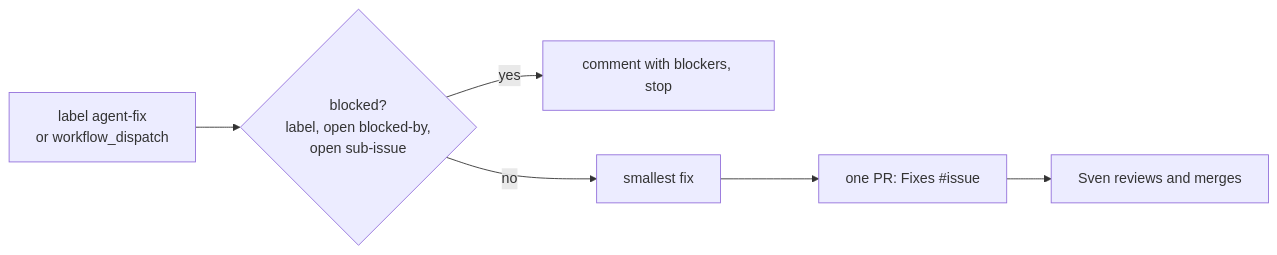
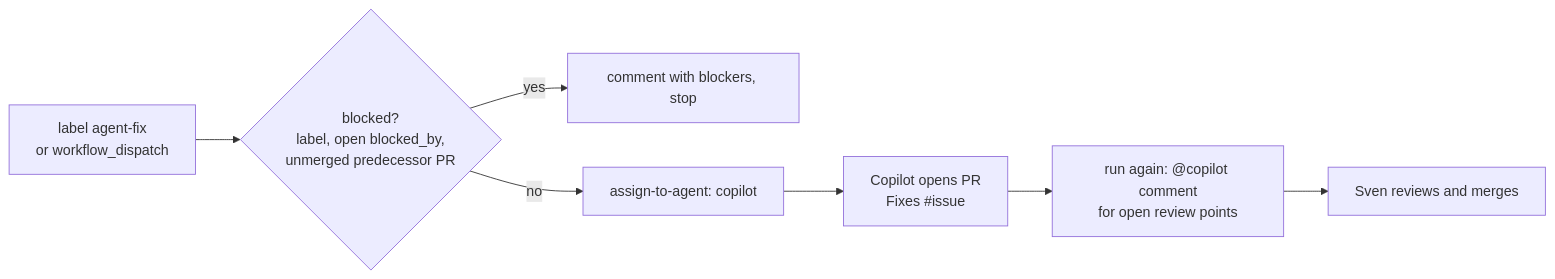
One commit to svennijhuis/agentic-workflows changed the diagram in workflows/README.md. Above: the diagram before and after it, drawn with Mermaid. The commit also changed other lines of this file and 1 other file, not shown here.

Commit message:
issue-fix: hand unblocked issue to Copilot cloud agent (assign-to-agent), @copilot follow-ups, optional add-reviewer, no merge

````diff
--- a/workflows/README.md
+++ b/workflows/README.md
@@ -23,8 +23,9 @@
 ```mermaid
 flowchart LR
-  A[label agent-fix<br/>or workflow_dispatch] --> B{blocked?<br/>label, open blocked-by,<br/>open sub-issue}
+  A[label agent-fix<br/>or workflow_dispatch] --> B{blocked?<br/>label, open blocked_by,<br/>unmerged predecessor PR}
   B -->|yes| C[comment with blockers, stop]
-  B -->|no| D[smallest fix]
-  D --> E[one PR: Fixes #issue]
-  E --> F[Sven reviews and merges]
+  B -->|no| D[assign-to-agent: copilot]
+  D --> E[Copilot opens PR<br/>Fixes #issue]
+  E --> F[run again: @copilot comment<br/>for open review points]
+  F --> G[Sven reviews and merges]
 ```
````
